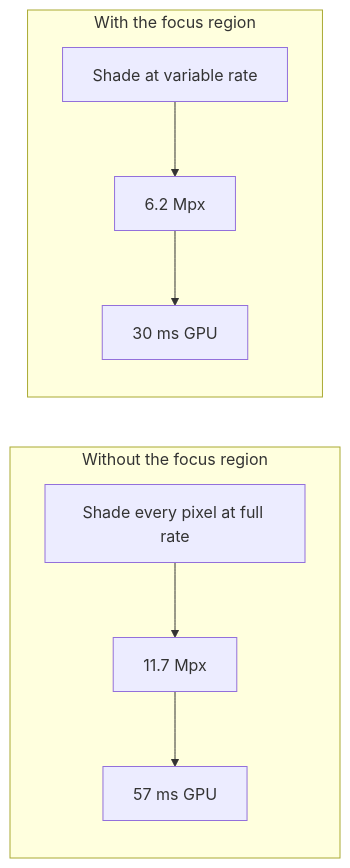
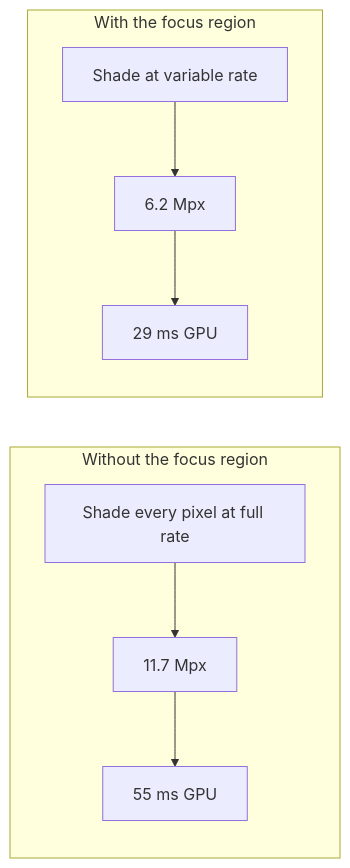
Before and after one commit to Feardarks/FocusedRendering: the first of 2 diagrams in README.md, drawn with Mermaid. The commit also changed other lines of this file and 8 other files, not shown here.

First line of the commit message:
M2: inverse warp, verified against a full-rate reference

````diff
--- a/README.md
+++ b/README.md
@@ -19,9 +19,9 @@
 ```mermaid
 flowchart LR
   subgraph s1[Without the focus region]
-    A1[Shade every pixel at full rate] --> A2[11.7 Mpx] --> A3[57 ms GPU]
+    A1[Shade every pixel at full rate] --> A2[11.7 Mpx] --> A3[55 ms GPU]
   end
   subgraph s2[With the focus region]
-    B1[Shade at variable rate] --> B2[6.2 Mpx] --> B3[30 ms GPU]
+    B1[Shade at variable rate] --> B2[6.2 Mpx] --> B3[29 ms GPU]
   end
 ```
````
